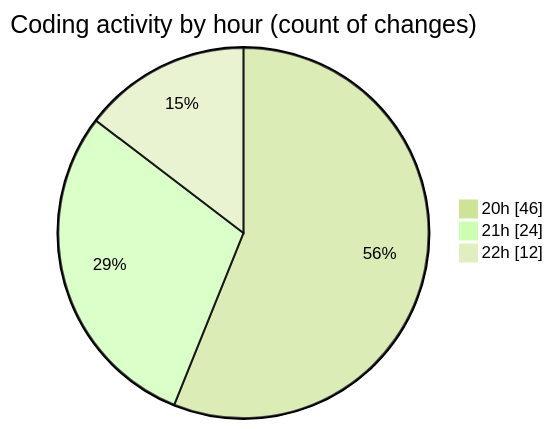
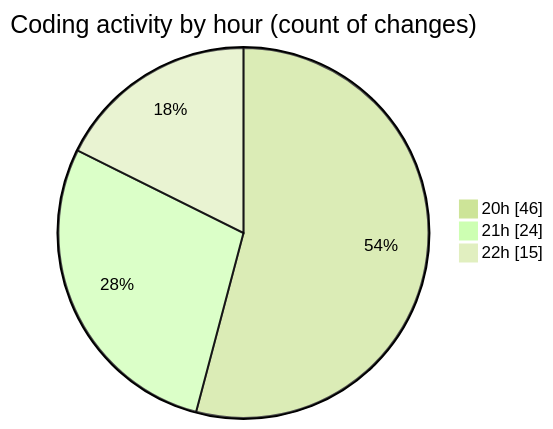
The second of 2 diagrams in 2025-10-29/skintrack/README.md (Netris89/code-tracking), drawn with Mermaid (forest theme) before and after one commit. The commit also changed other lines of this file and 1 other file, not shown here.

````diff
--- a/2025-10-29/skintrack/README.md
+++ b/2025-10-29/skintrack/README.md
@@ -46,7 +46,7 @@
 ```mermaid
 pie showData
 title Coding activity by hour (count of changes)
 "20h" : 46
 "21h" : 24
-"22h" : 12
+"22h" : 15
 ```
````
